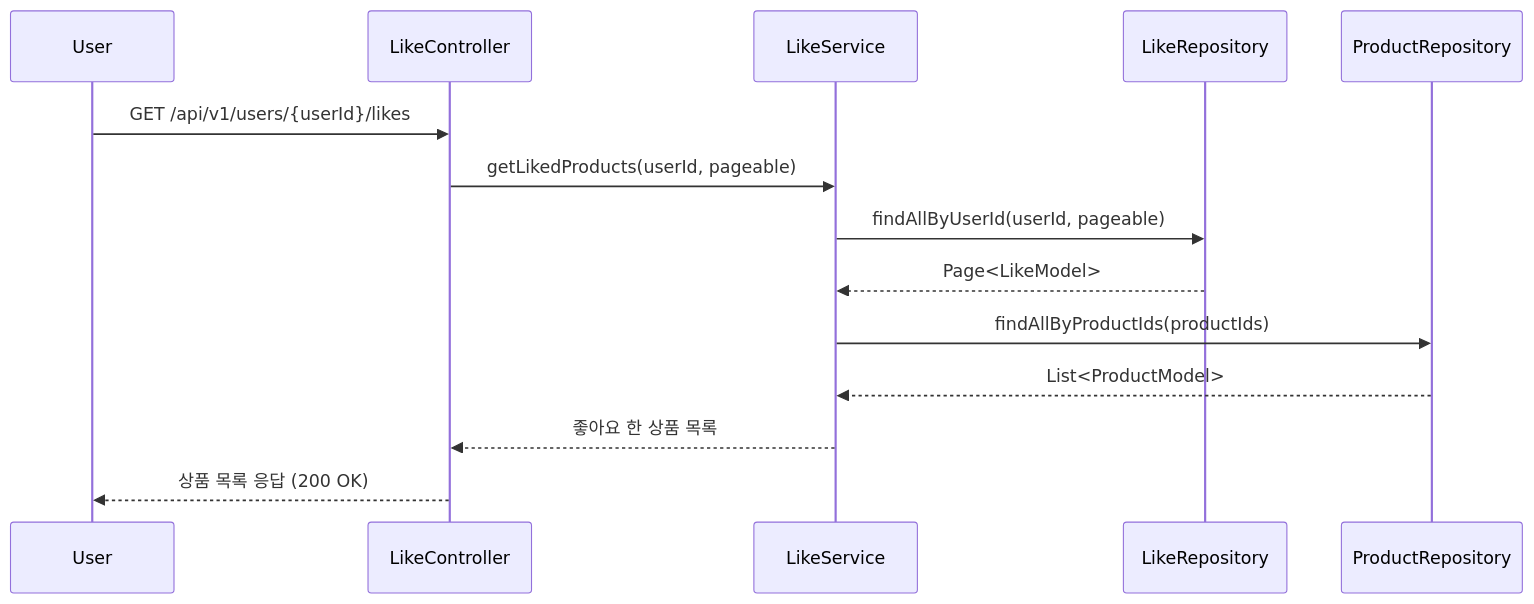
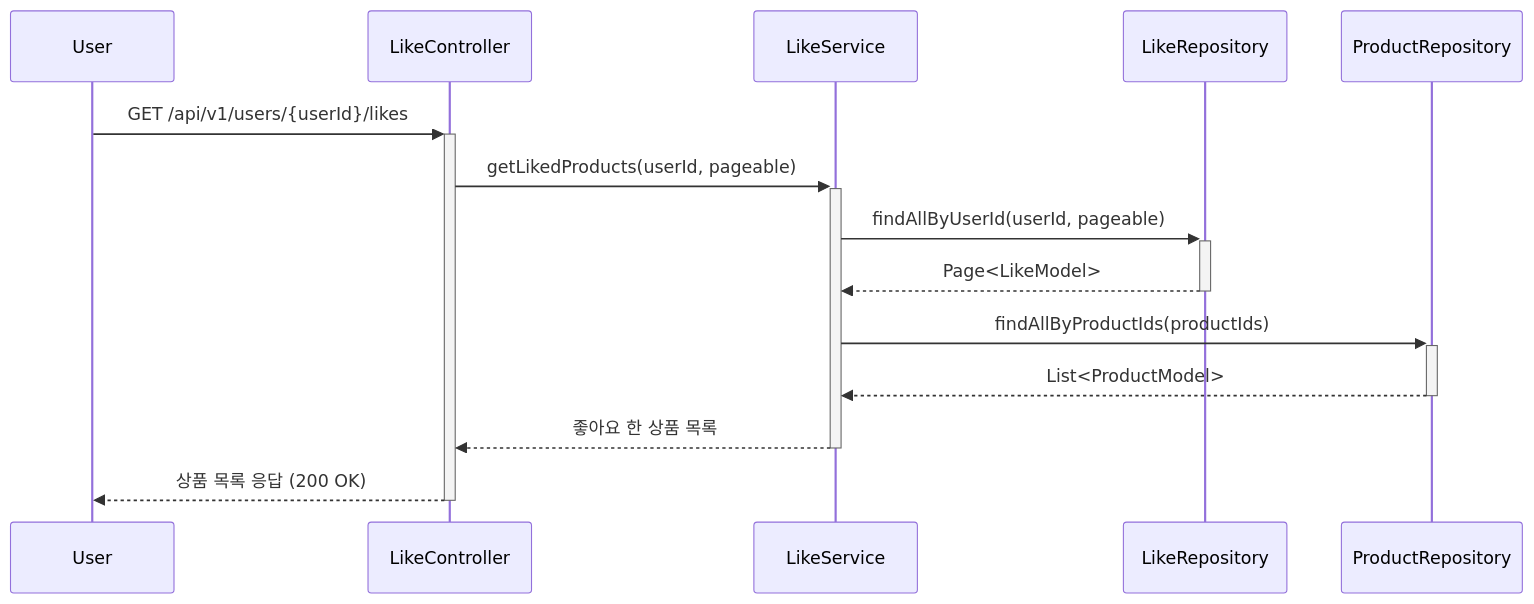
One commit to Loopers-dev-lab/loop-pack-be-l2-vol3-kotlin changed diagram 16 of 21 in .docs/design/02-sequence-diagrams.md. Above: the diagram before and after it, drawn with Mermaid. The commit also changed other lines of this file, not shown here.

Commit message:
docs: 시퀀스 다이어그램 activation bar 추가

````diff
--- a/.docs/design/02-sequence-diagrams.md
+++ b/.docs/design/02-sequence-diagrams.md
@@ -488,17 +495,17 @@
 ```mermaid
 sequenceDiagram
     participant User
     participant LikeController
     participant LikeService
     participant LikeRepository
     participant ProductRepository
 
-    User ->> LikeController: GET /api/v1/users/{userId}/likes
-    LikeController ->> LikeService: getLikedProducts(userId, pageable)
-    LikeService ->> LikeRepository: findAllByUserId(userId, pageable)
-    LikeRepository -->> LikeService: Page<LikeModel>
-    LikeService ->> ProductRepository: findAllByProductIds(productIds)
-    ProductRepository -->> LikeService: List<ProductModel>
-    LikeService -->> LikeController: 좋아요 한 상품 목록
-    LikeController -->> User: 상품 목록 응답 (200 OK)
+    User ->>+ LikeController: GET /api/v1/users/{userId}/likes
+    LikeController ->>+ LikeService: getLikedProducts(userId, pageable)
+    LikeService ->>+ LikeRepository: findAllByUserId(userId, pageable)
+    LikeRepository -->>- LikeService: Page<LikeModel>
+    LikeService ->>+ ProductRepository: findAllByProductIds(productIds)
+    ProductRepository -->>- LikeService: List<ProductModel>
+    LikeService -->>- LikeController: 좋아요 한 상품 목록
+    LikeController -->>- User: 상품 목록 응답 (200 OK)
 ```
````
